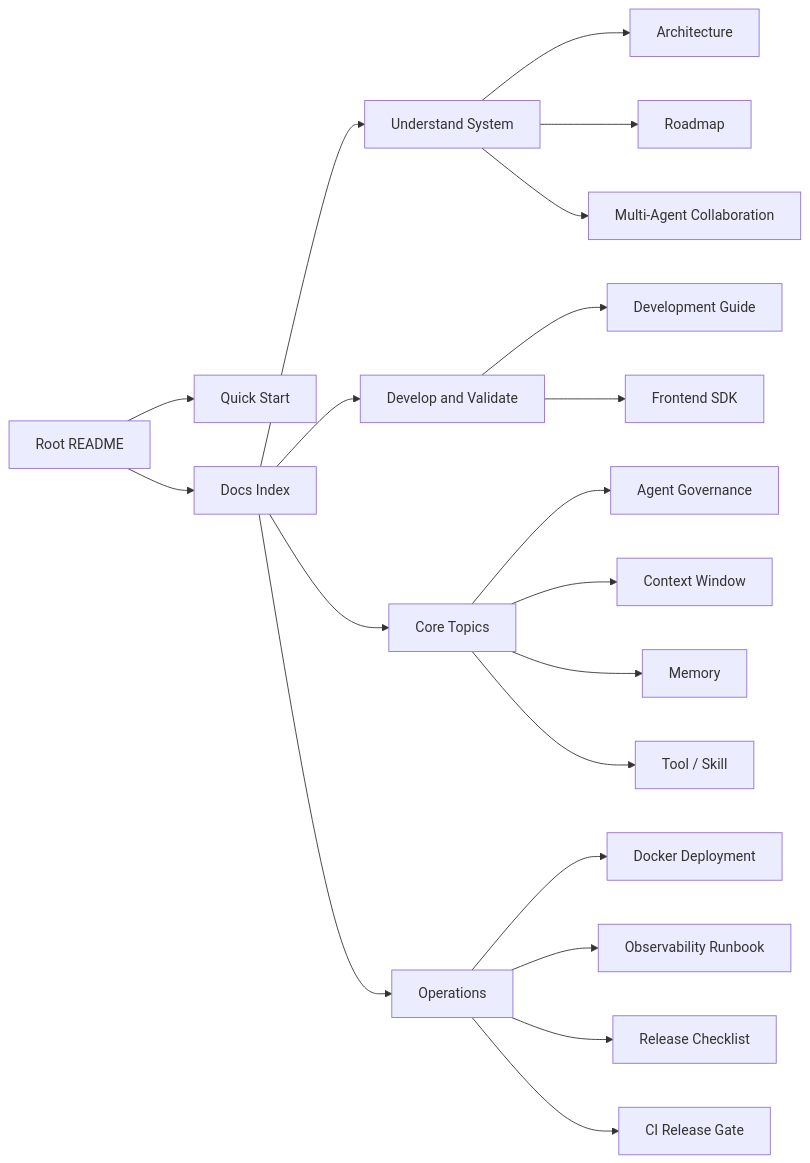
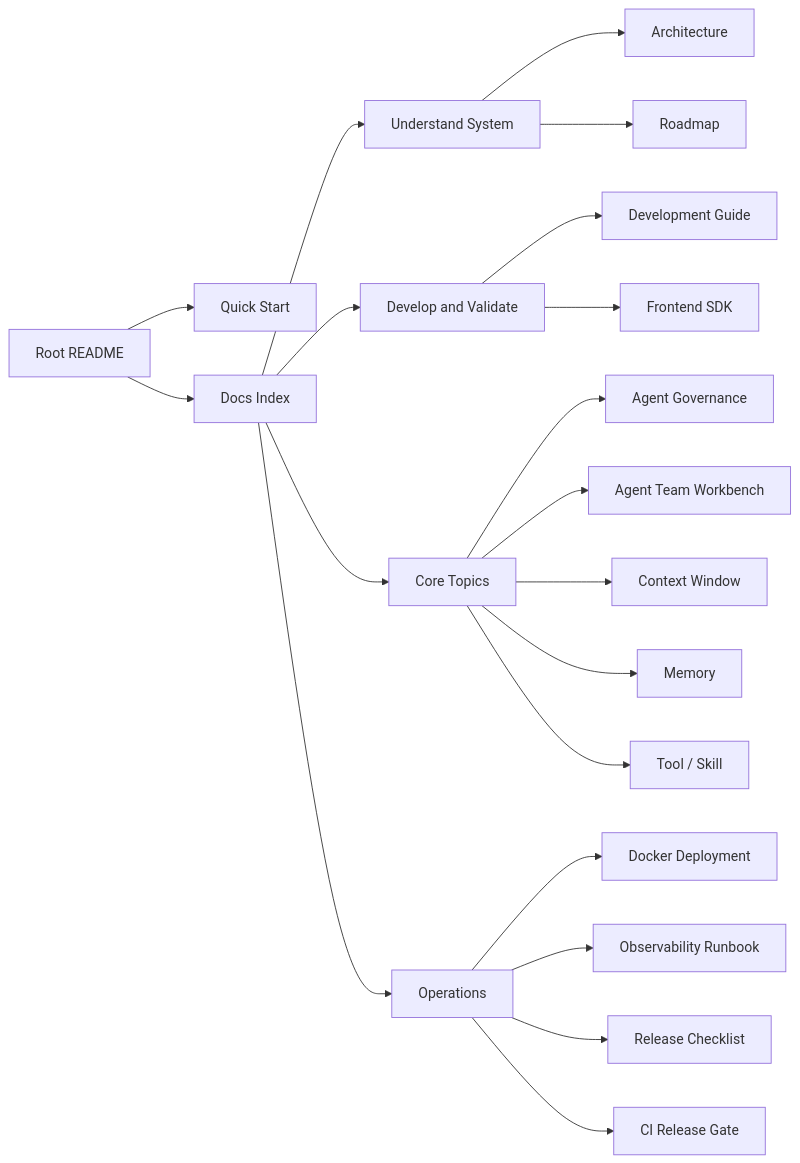
One commit to William-zgx/focus-agent changed the diagram in docs/README.md. Above: the diagram before and after it, drawn with Mermaid. The commit also changed other lines of this file and 5 other files, not shown here.

````diff
--- a/docs/README.md
+++ b/docs/README.md
@@ -7,22 +7,22 @@
 ```mermaid
 flowchart LR
     README["Root README"] --> Quick["Quick Start"]
     README --> Docs["Docs Index"]
     Docs --> Understand["Understand System"]
     Docs --> Develop["Develop and Validate"]
     Docs --> Topics["Core Topics"]
     Docs --> Ops["Operations"]
     Understand --> Architecture["Architecture"]
     Understand --> Roadmap["Roadmap"]
-    Understand --> MultiAgent["Multi-Agent Collaboration"]
     Develop --> DevGuide["Development Guide"]
     Develop --> SDK["Frontend SDK"]
     Topics --> Governance["Agent Governance"]
+    Topics --> AgentTeam["Agent Team Workbench"]
     Topics --> ContextWindow["Context Window"]
     Topics --> Memory["Memory"]
     Topics --> Tools["Tool / Skill"]
     Ops --> Docker["Docker Deployment"]
     Ops --> Observability["Observability Runbook"]
     Ops --> Release["Release Checklist"]
     Ops --> CIGate["CI Release Gate"]
 ```
````
